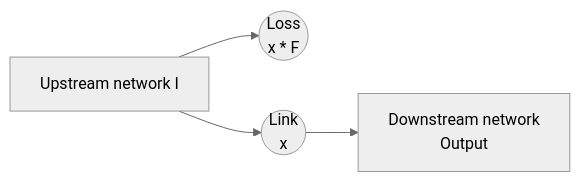
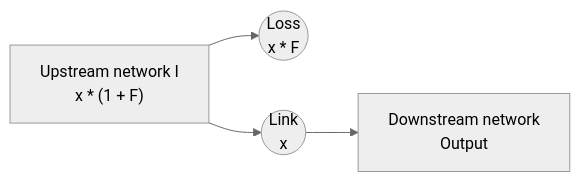
Before and after one commit to pywr/pywr: the third of 6 diagrams in docs/manual/nodes/link.md, drawn with Mermaid (neutral theme). The commit also changed other lines of this file and 15 other files, not shown here.

````diff
--- a/docs/manual/nodes/link.md
+++ b/docs/manual/nodes/link.md
@@ -112,9 +119,11 @@
 ```mermaid
  graph LR;
- A["Upstream network I"] --> B(("Loss
+ A["Upstream network I
+ x * (1 + F)
+ "] --> B(("Loss
   x * F"))
  A --> C(("Link<br> I * x" ))
 C(("Link
  x" )) --> D["Downstream network
  Output"]
 ```
````
